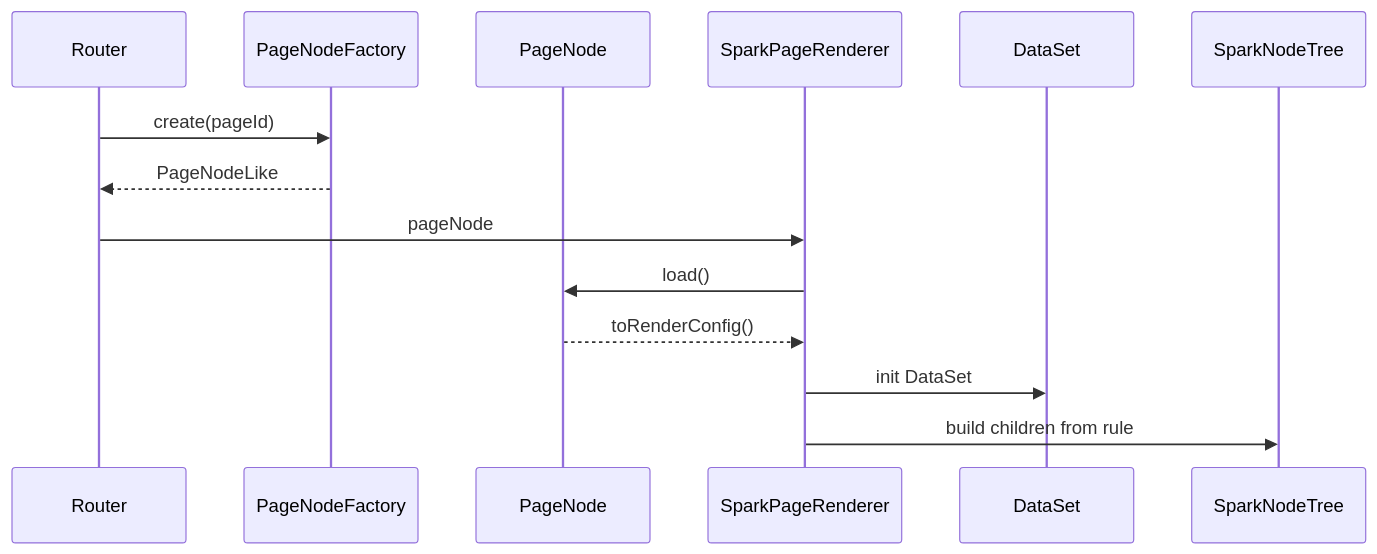
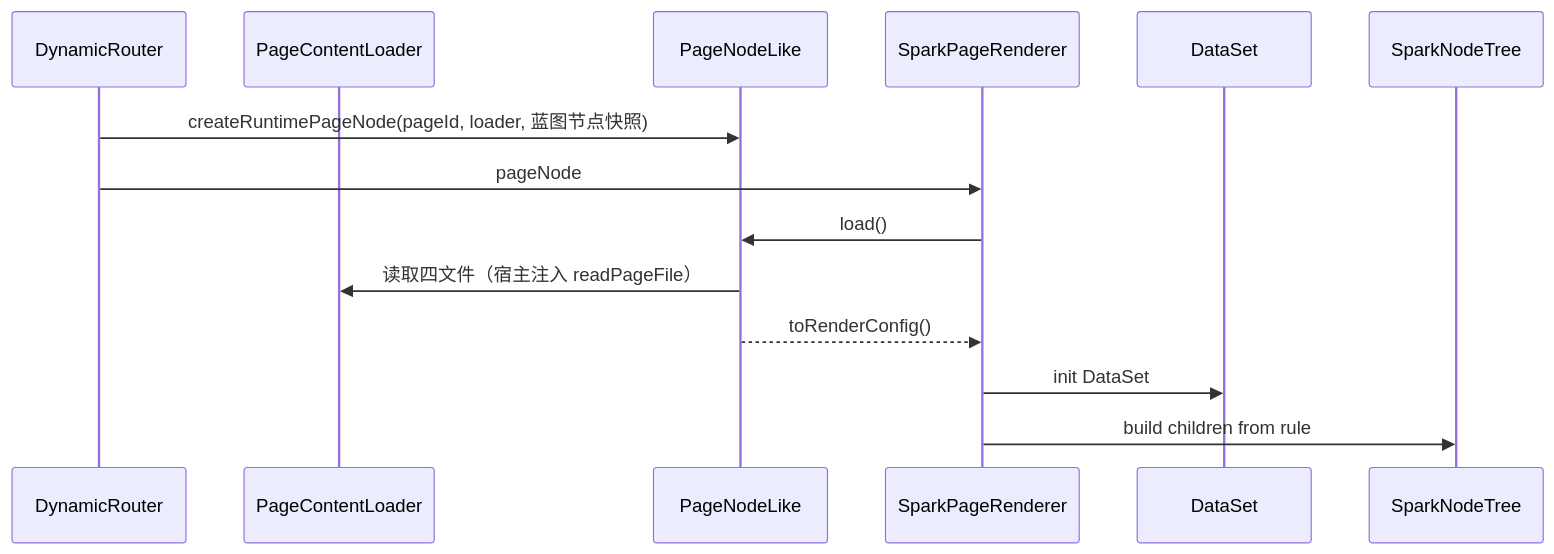
The diagram in docs/architecture/DATAFLOW_ARCHITECTURE.md (LMSpark/APPWORKS), drawn with Mermaid before and after one commit. The commit also changed other lines of this file and 13 other files, not shown here.

First line of the commit message:
docs(architecture): rewrite architecture docs against current source

````diff
--- a/docs/architecture/DATAFLOW_ARCHITECTURE.md
+++ b/docs/architecture/DATAFLOW_ARCHITECTURE.md
@@ -70,17 +65,17 @@
 ```mermaid
 sequenceDiagram
-  participant Router as Router
-  participant Factory as PageNodeFactory
-  participant Node as PageNode
+  participant Router as DynamicRouter
+  participant Loader as PageContentLoader
+  participant Node as PageNodeLike
   participant Renderer as SparkPageRenderer
   participant Data as DataSet
   participant Tree as SparkNodeTree
 
-  Router->>Factory: create(pageId)
-  Factory-->>Router: PageNodeLike
+  Router->>Node: createRuntimePageNode(pageId, loader, 蓝图节点快照)
   Router->>Renderer: pageNode
   Renderer->>Node: load()
+  Node->>Loader: 读取四文件（宿主注入 readPageFile）
   Node-->>Renderer: toRenderConfig()
   Renderer->>Data: init DataSet
   Renderer->>Tree: build children from rule
 ```
````
